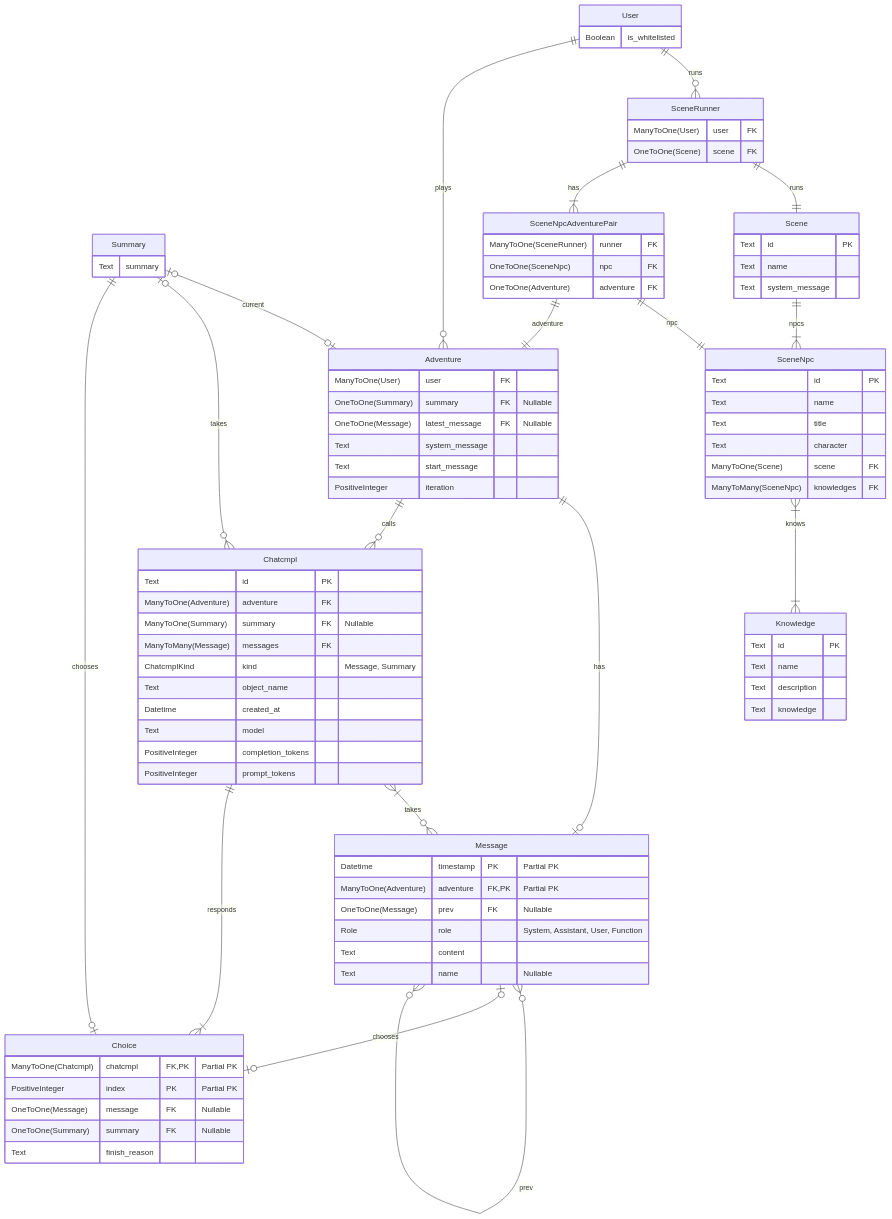
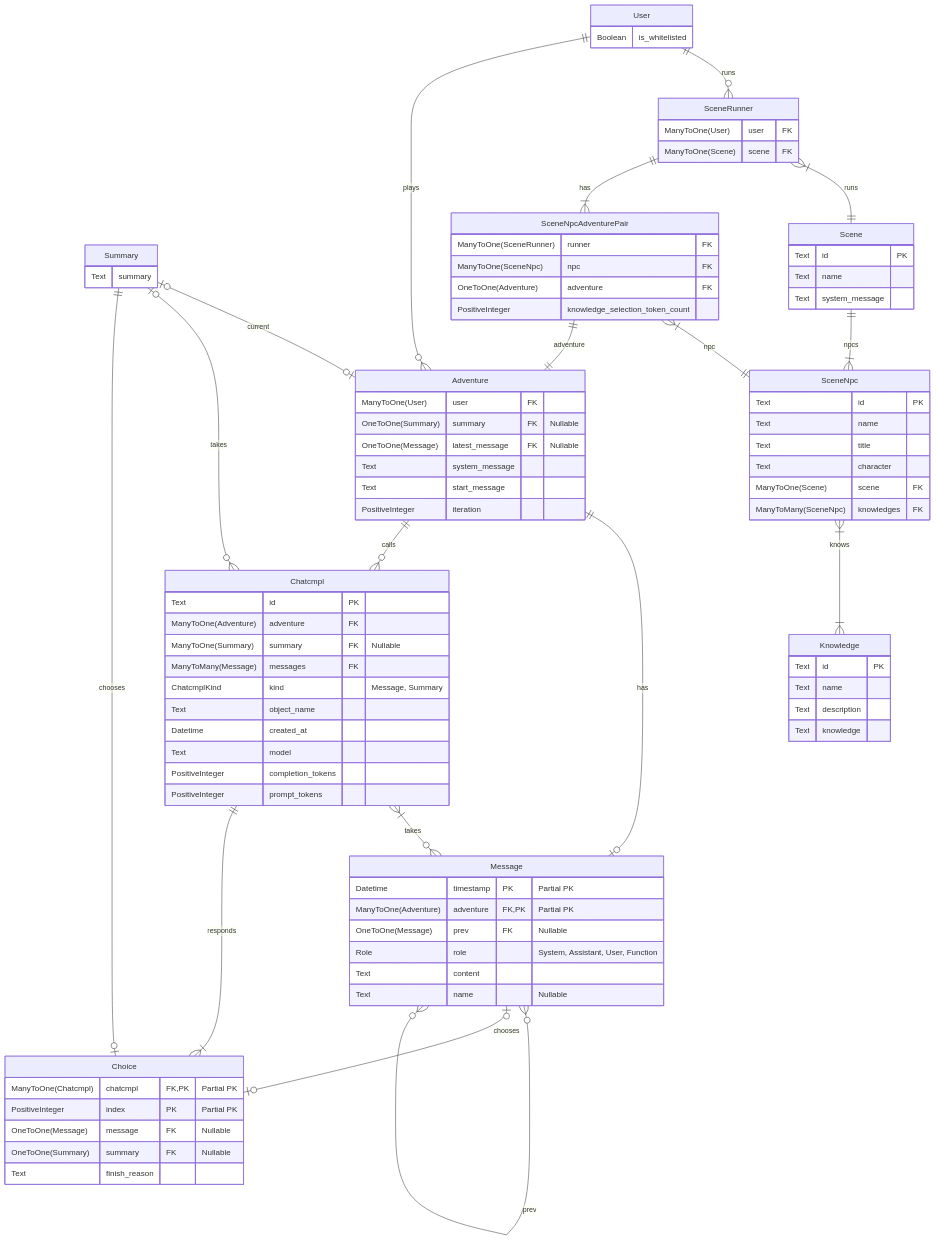
One commit to LioQing/verbose-adventure changed the third of 3 diagrams in README.md. Above: the diagram before and after it, drawn with Mermaid. The commit also changed other lines of this file and 18 other files, not shown here.

Commit message:
Add scene runner endpoints

```diff
--- a/README.md
+++ b/README.md
@@ -114,7 +114,7 @@
 
     SceneRunner {
         ManyToOne(User) user FK
-        OneToOne(Scene) scene FK
+        ManyToOne(Scene) scene FK
     }
 
     Scene {
@@ -125,8 +125,9 @@
 
     SceneNpcAdventurePair {
         ManyToOne(SceneRunner) runner FK
-        OneToOne(SceneNpc) npc FK
+        ManyToOne(SceneNpc) npc FK
         OneToOne(Adventure) adventure FK
+        PositiveInteger knowledge_selection_token_count
     }
 
     SceneNpc {
@@ -188,13 +189,13 @@
 
     User ||--o{ Adventure : plays
 
-    SceneRunner ||--|| Scene : runs
+    SceneRunner }|--|| Scene : runs
 
     SceneRunner ||--|{ SceneNpcAdventurePair : has
 
     Scene ||--|{ SceneNpc : npcs
 
-    SceneNpcAdventurePair ||--|| SceneNpc : npc
+    SceneNpcAdventurePair }|--|| SceneNpc : npc
 
     SceneNpcAdventurePair ||--|| Adventure : adventure
 
```
